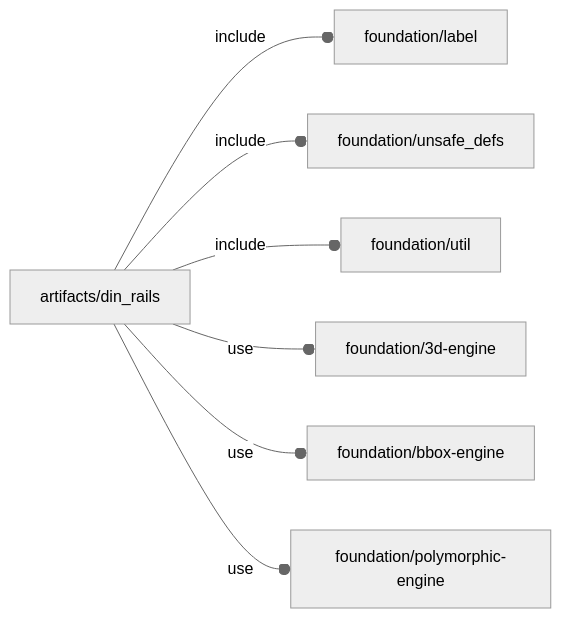
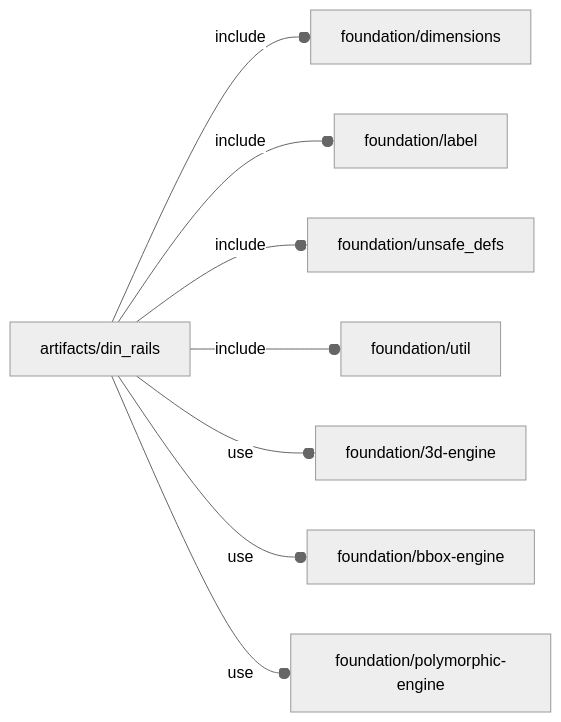
One commit to ggabbiani/OFL changed the diagram in orthodocs/artifacts/din_rails.md. Above: the diagram before and after it, drawn with Mermaid (neutral theme).

````diff
--- a/orthodocs/artifacts/din_rails.md
+++ b/orthodocs/artifacts/din_rails.md
@@ -5,9 +5,10 @@
 ```mermaid
 graph LR
-    A1[artifacts/din_rails] --o|include| A2[foundation/label]
-    A1 --o|include| A3[foundation/unsafe_defs]
-    A1 --o|include| A4[foundation/util]
-    A1 --o|use| A5[foundation/3d-engine]
-    A1 --o|use| A6[foundation/bbox-engine]
-    A1 --o|use| A7[foundation/polymorphic-engine]
+    A1[artifacts/din_rails] --o|include| A2[foundation/dimensions]
+    A1 --o|include| A3[foundation/label]
+    A1 --o|include| A4[foundation/unsafe_defs]
+    A1 --o|include| A5[foundation/util]
+    A1 --o|use| A6[foundation/3d-engine]
+    A1 --o|use| A7[foundation/bbox-engine]
+    A1 --o|use| A8[foundation/polymorphic-engine]
 ```
````
